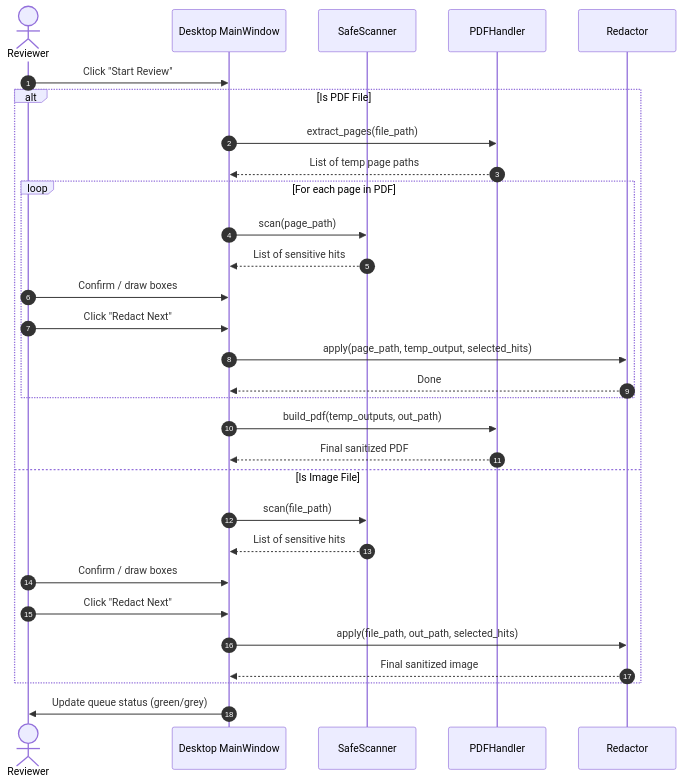
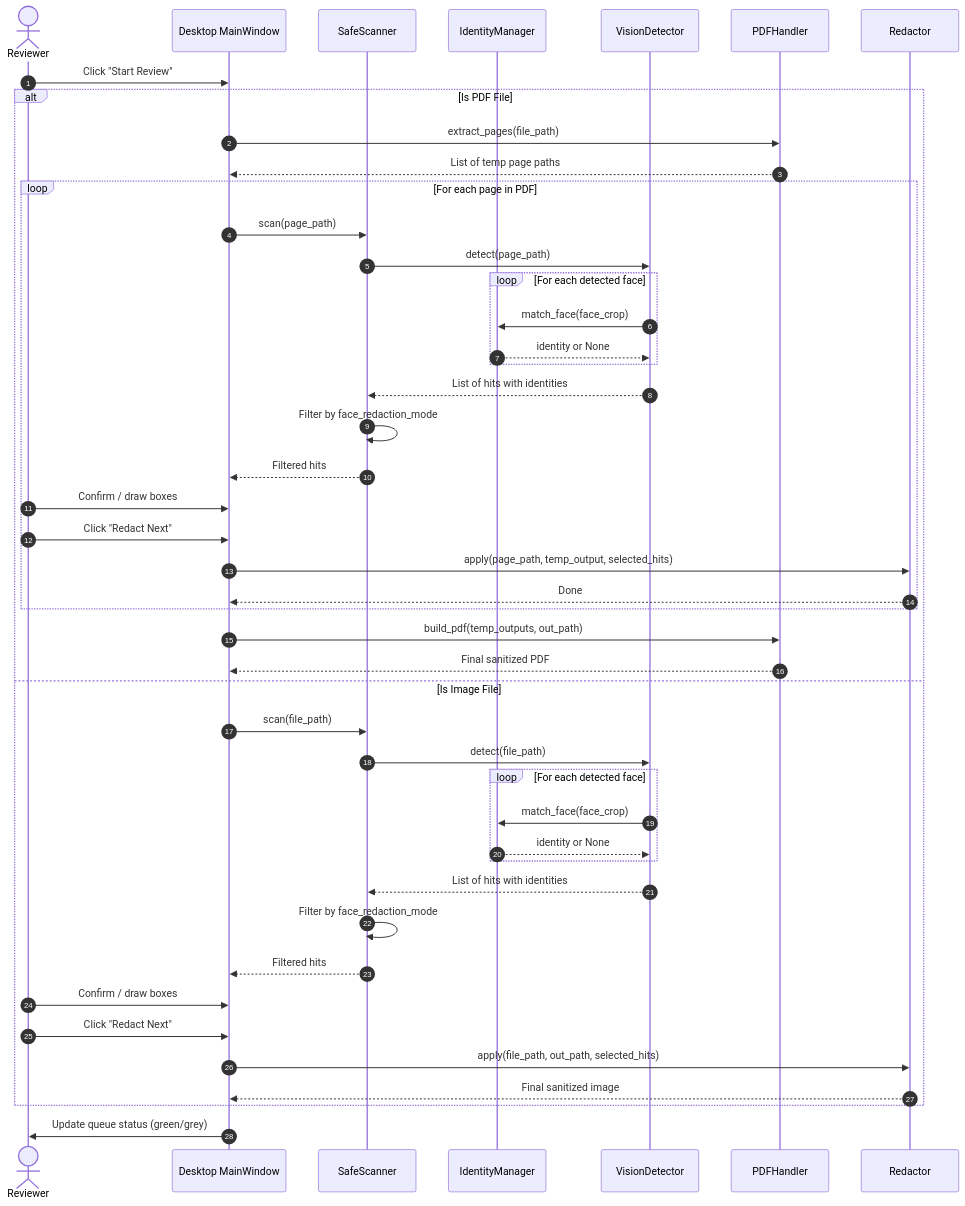
The third of 4 diagrams in docs/architecture/workflows.md (FurqanHun/SafeMARC), drawn with Mermaid before and after one commit. The commit also changed other lines of this file and 2 other files, not shown here.

First line of the commit message:
docs: update architecture diagrams with identity system

````diff
--- a/docs/architecture/workflows.md
+++ b/docs/architecture/workflows.md
@@ -40,33 +83,49 @@
 ```mermaid
 sequenceDiagram
     autonumber
     actor User as Reviewer
     participant UI as Desktop MainWindow
     participant Sc as SafeScanner
+    participant IM as IdentityManager
+    participant VD as VisionDetector
     participant Ph as PDFHandler
     participant Rd as Redactor
 
     User->>UI: Click "Start Review"
     alt Is PDF File
         UI->>Ph: extract_pages(file_path)
         Ph-->>UI: List of temp page paths
         loop For each page in PDF
             UI->>Sc: scan(page_path)
-            Sc-->>UI: List of sensitive hits
+            Sc->>VD: detect(page_path)
+            loop For each detected face
+                VD->>IM: match_face(face_crop)
+                IM-->>VD: identity or None
+            end
+            VD-->>Sc: List of hits with identities
+            Sc->>Sc: Filter by face_redaction_mode
+            Sc-->>UI: Filtered hits
             User->>UI: Confirm / draw boxes
             User->>UI: Click "Redact Next"
             UI->>Rd: apply(page_path, temp_output, selected_hits)
             Rd-->>UI: Done
         end
         UI->>Ph: build_pdf(temp_outputs, out_path)
         Ph-->>UI: Final sanitized PDF
     else Is Image File
         UI->>Sc: scan(file_path)
-        Sc-->>UI: List of sensitive hits
+        Sc->>VD: detect(file_path)
+        loop For each detected face
+            VD->>IM: match_face(face_crop)
+            IM-->>VD: identity or None
+        end
+        VD-->>Sc: List of hits with identities
+        Sc->>Sc: Filter by face_redaction_mode
+        Sc-->>UI: Filtered hits
         User->>UI: Confirm / draw boxes
         User->>UI: Click "Redact Next"
         UI->>Rd: apply(file_path, out_path, selected_hits)
         Rd-->>UI: Final sanitized image
     end
     UI->>User: Update queue status (green/grey)
 ```
````
